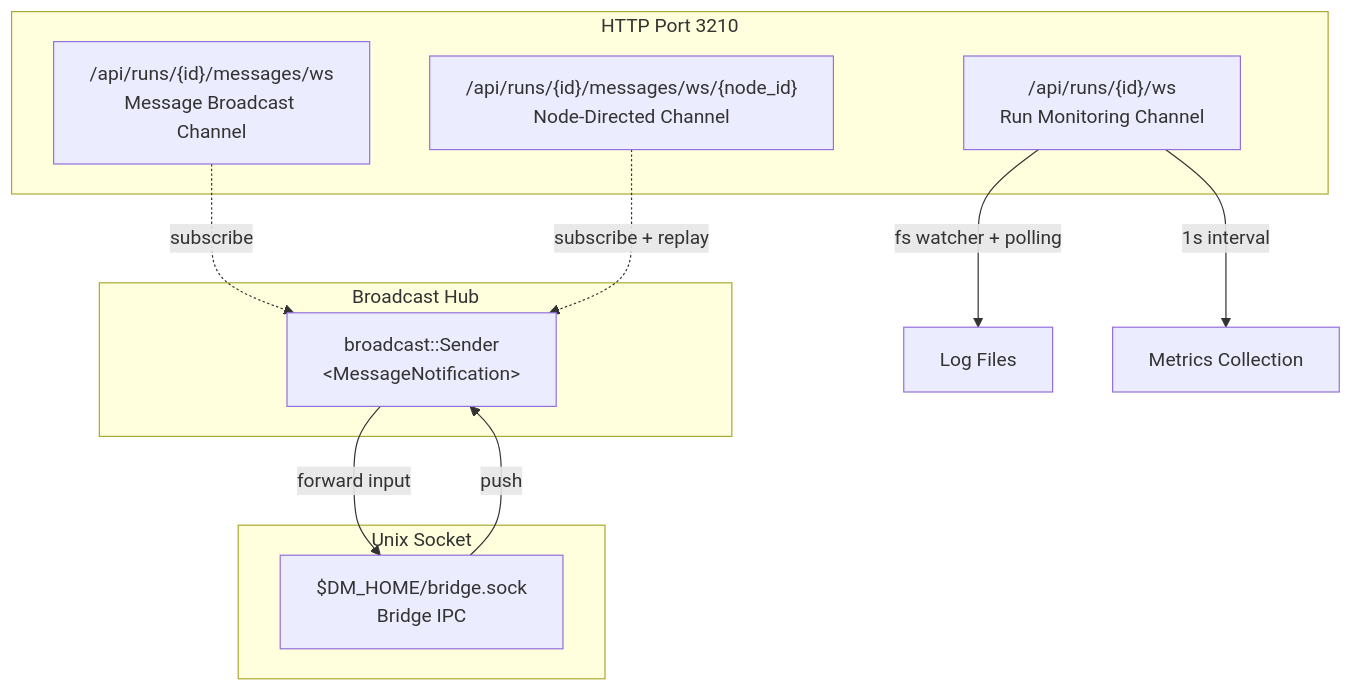
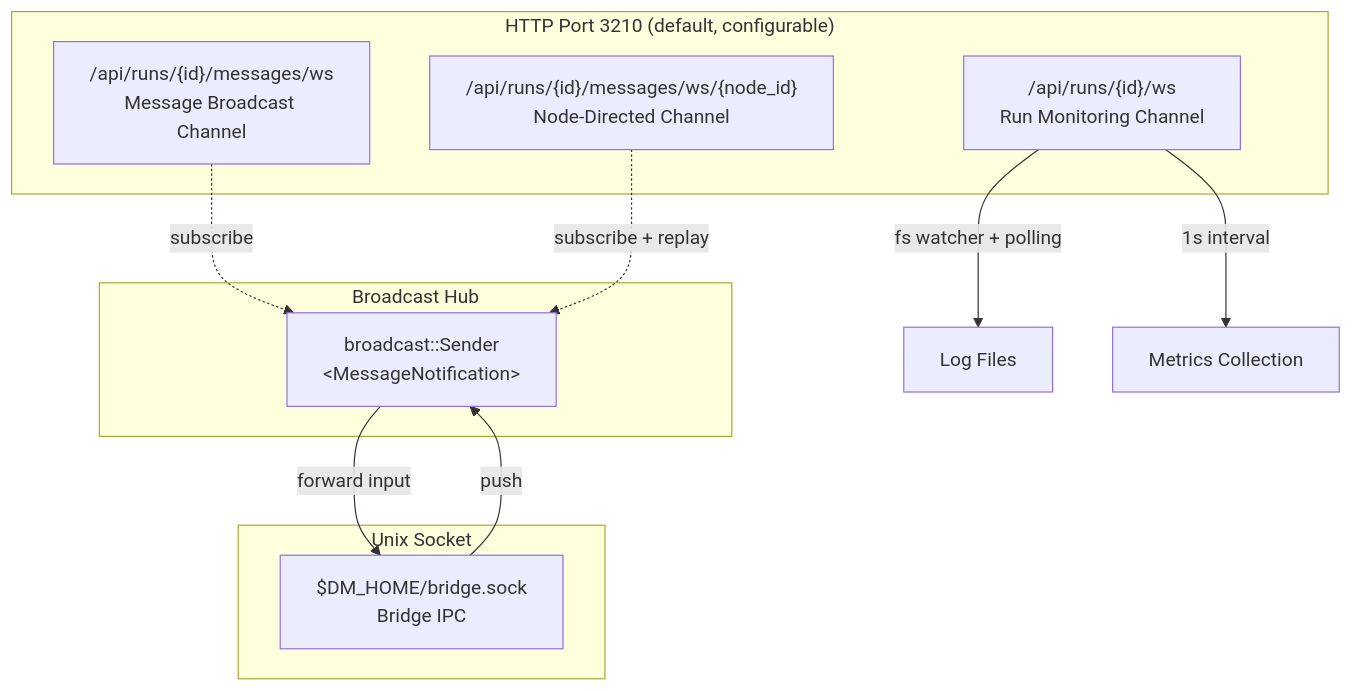
One commit to l1veIn/dora-manager changed the second of 2 diagrams in wiki/zh/en/15-http-api.md. Above: the diagram before and after it, drawn with Mermaid. The commit also changed other lines of this file and 11 other files, not shown here.

````diff
--- a/wiki/zh/en/15-http-api.md
+++ b/wiki/zh/en/15-http-api.md
@@ -193,24 +204,24 @@
 ```mermaid
 graph TB
-    subgraph "HTTP Port 3210"
+    subgraph "HTTP Port 3210 (default, configurable)"
         WS_Run["/api/runs/{id}/ws<br/>Run Monitoring Channel"]
         WS_Msg["/api/runs/{id}/messages/ws<br/>Message Broadcast Channel"]
         WS_Node["/api/runs/{id}/messages/ws/{node_id}<br/>Node-Directed Channel"]
     end
 
     subgraph "Unix Socket"
         Bridge["$DM_HOME/bridge.sock<br/>Bridge IPC"]
     end
 
     subgraph "Broadcast Hub"
         BC["broadcast::Sender<br/>&lt;MessageNotification&gt;"]
     end
 
     WS_Msg -.->|subscribe| BC
     WS_Node -.->|subscribe + replay| BC
     Bridge -->|push| BC
     BC -->|forward input| Bridge
 
     WS_Run -->|fs watcher + polling| Logs["Log Files"]
     WS_Run -->|1s interval| Metrics["Metrics Collection"]
 ```
````
